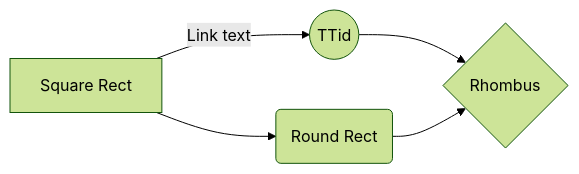
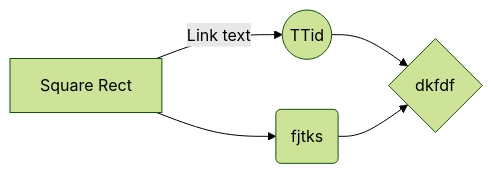
One commit to dougbutner/cXc-Music-Charts changed the second of 2 diagrams in Welcome file.md. Above: the diagram before and after it, drawn with Mermaid (forest theme). The commit also changed other lines of this file, not shown here.

Commit message:
Welcome file.md updated from https://stackedit.io/

````diff
--- a/Welcome file.md
+++ b/Welcome file.md
@@ -137,7 +137,7 @@
 ```mermaid
 graph LR
 A[Square Rect] -- Link text --> B((TTid ))
-A --> C(Round Rect)
-B --> D{Rhombus}
+A --> C(fjtks)
+B --> D{dkfdf}
 C --> D
 ```
````
